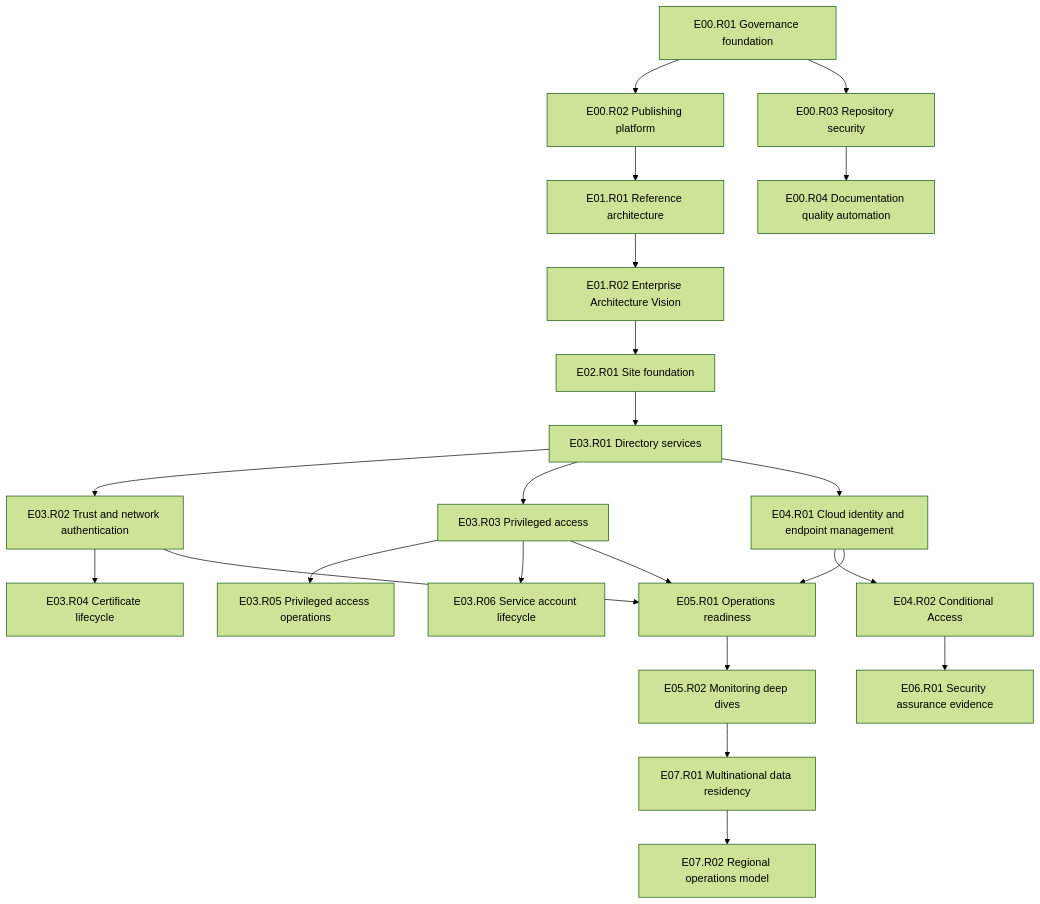
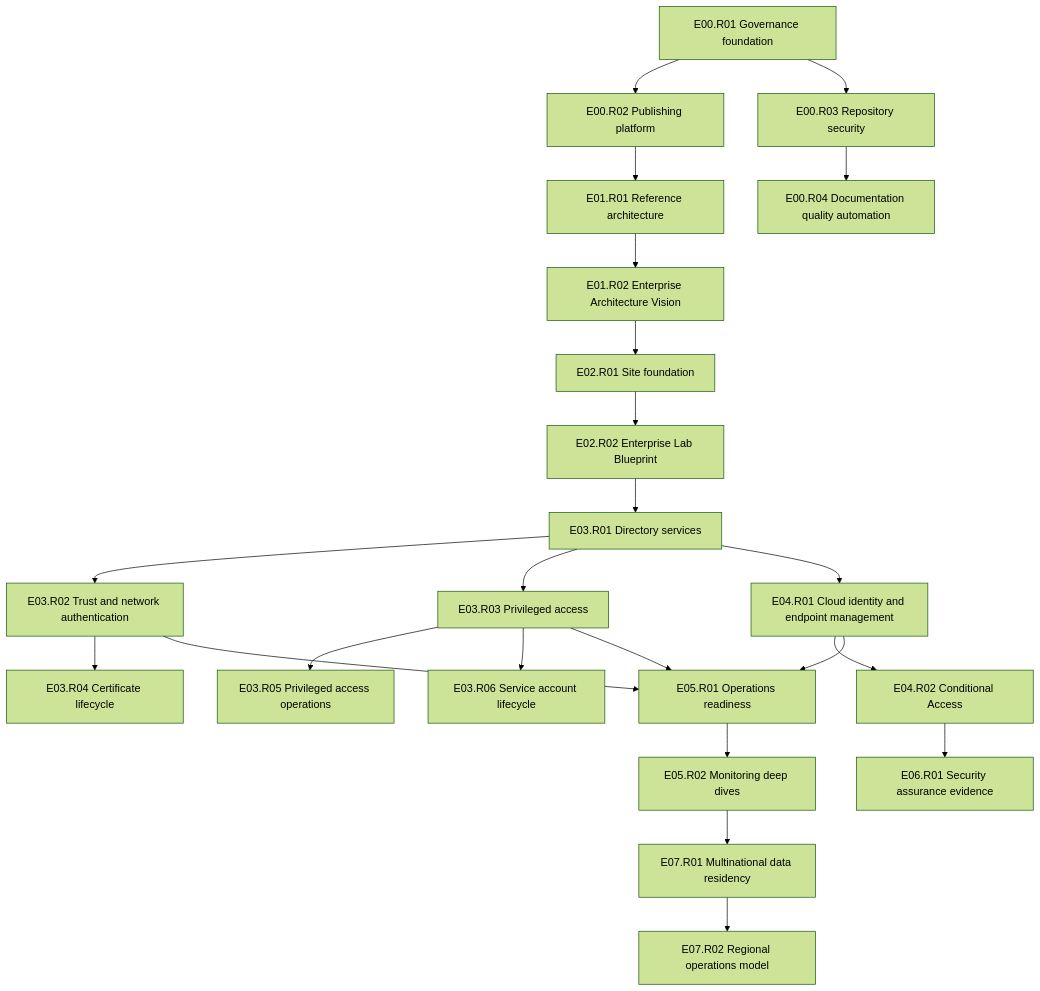
The second of 3 diagrams in docs/project/epic-release-architecture.md (gntech-dev/geil-enterprise-docs), drawn with Mermaid (forest theme) before and after one commit. The commit also changed other lines of this file and 12 other files, not shown here.

Commit message:
docs: add enterprise lab blueprint hld

````diff
--- a/docs/project/epic-release-architecture.md
+++ b/docs/project/epic-release-architecture.md
@@ -87,39 +87,40 @@
 ```mermaid
 flowchart TD
     R001[E00.R01 Governance foundation]
     R002[E00.R02 Publishing platform]
     R101[E01.R01 Reference architecture]
     R102[E01.R02 Enterprise Architecture Vision]
     R201[E02.R01 Site foundation]
+    R202[E02.R02 Enterprise Lab Blueprint]
     R301[E03.R01 Directory services]
     R302[E03.R02 Trust and network authentication]
     R303[E03.R03 Privileged access]
     R401[E04.R01 Cloud identity and endpoint management]
     R501[E05.R01 Operations readiness]
     R304[E03.R04 Certificate lifecycle]
     R402[E04.R02 Conditional Access]
     R305[E03.R05 Privileged access operations]
     R306[E03.R06 Service account lifecycle]
     R003[E00.R03 Repository security]
     R004[E00.R04 Documentation quality automation]
     R701[E07.R01 Multinational data residency]
     R502[E05.R02 Monitoring deep dives]
     R601[E06.R01 Security assurance evidence]
     R702[E07.R02 Regional operations model]
 
-    R001 --> R002 --> R101 --> R102 --> R201 --> R301
+    R001 --> R002 --> R101 --> R102 --> R201 --> R202 --> R301
     R301 --> R302
     R301 --> R303
     R302 --> R304
     R303 --> R305
     R303 --> R306
     R301 --> R401
     R401 --> R402
     R302 --> R501
     R303 --> R501
     R401 --> R501
     R001 --> R003 --> R004
     R501 --> R502
     R402 --> R601
     R502 --> R701 --> R702
 ```
````
